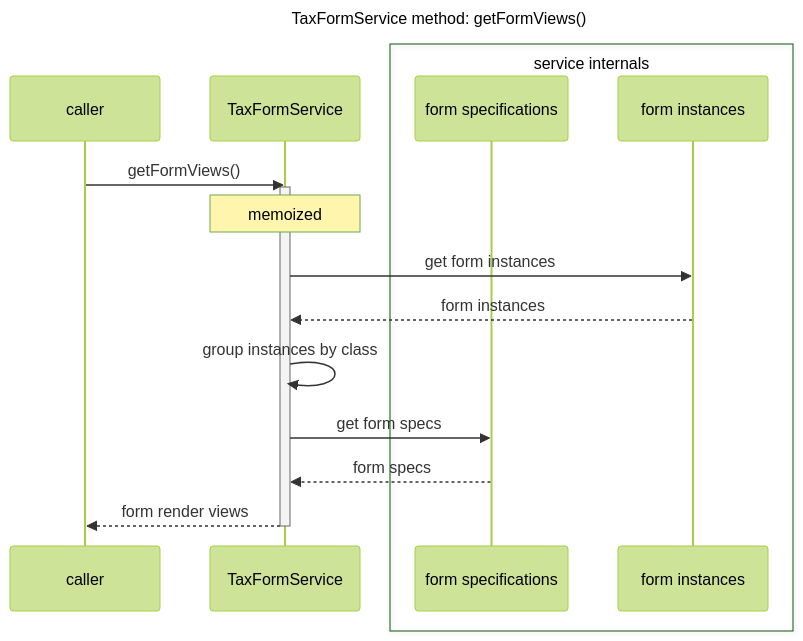
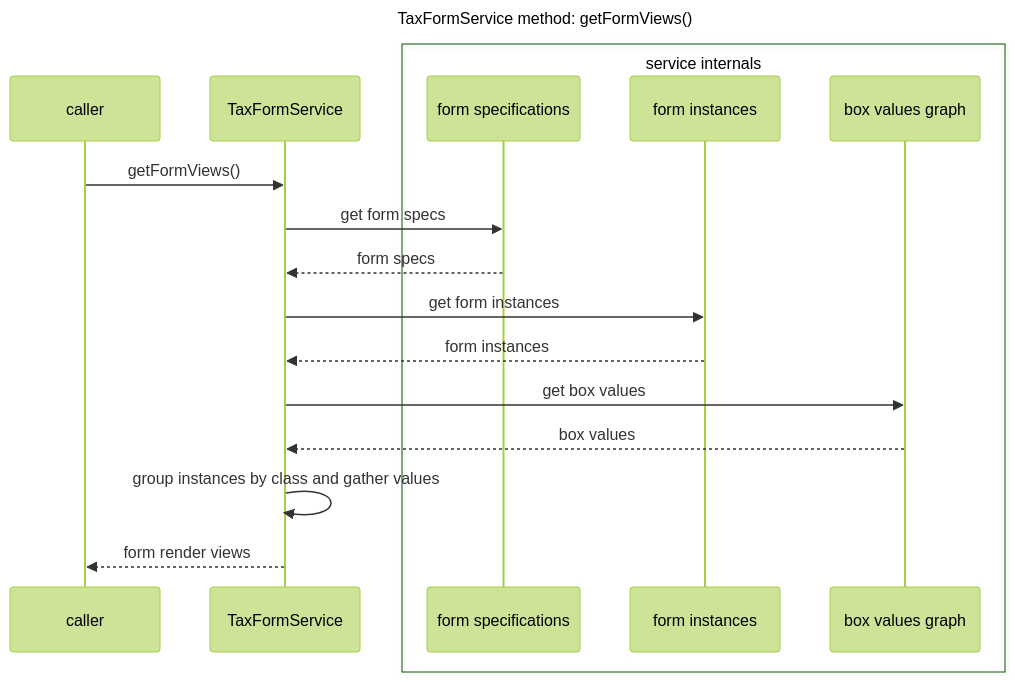
One commit to wllmwu/thumbtax changed the sixth of 9 diagrams in plan/index.md. Above: the diagram before and after it, drawn with Mermaid (forest theme). The commit also changed other lines of this file, not shown here.

Commit message:
Claude: explicit dependency graph in service

````diff
--- a/plan/index.md
+++ b/plan/index.md
@@ -413,23 +412,23 @@
 ```mermaid
 ---
 title: "TaxFormService method: getFormViews()"
 ---
 sequenceDiagram
   participant caller
   participant service as TaxFormService
   box service internals
   participant specs as form specifications
   participant instances as form instances
+  participant values as box values graph
   end
 
   caller->>service: getFormViews()
-  activate service
-  Note over service: memoized
+  service->>specs: get form specs
+  specs-->>service: form specs
   service->>instances: get form instances
   instances-->>service: form instances
-  service->>service: group instances by class
-  service->>specs: get form specs
-  specs-->>service: form specs
+  service->>values: get box values
+  values-->>service: box values
+  service->>service: group instances by class and gather values
   service-->>caller: form render views
-  deactivate service
 ```
````
